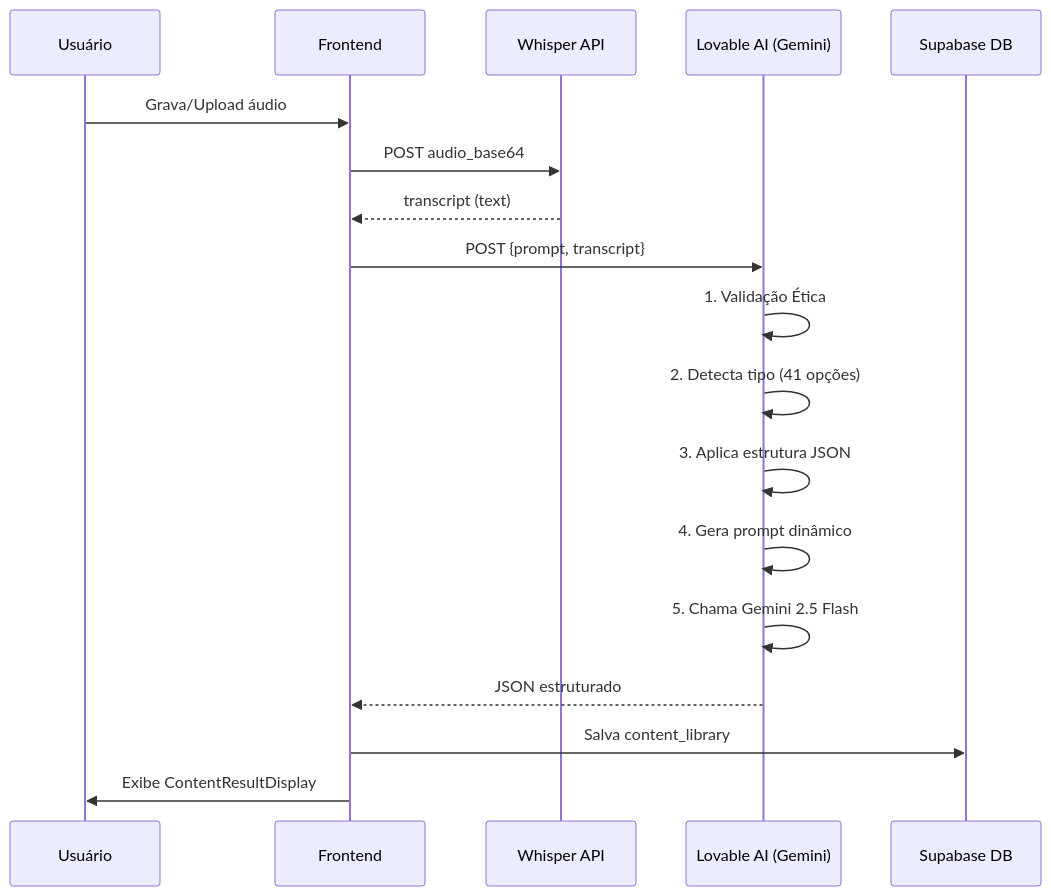
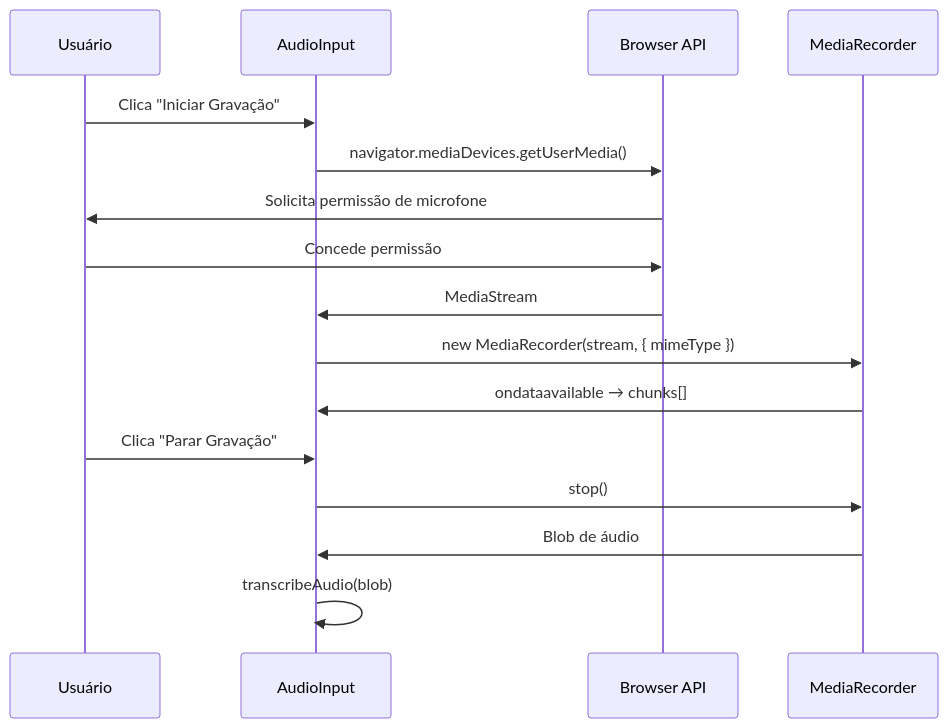
The second of 5 diagrams in ARQUITETURA_SISTEMA_IDEON.md (eudavidthomaz/vision-studio-lab), drawn with Mermaid before and after one commit. The commit also changed other lines of this file and 86 other files, not shown here.

````diff
--- a/ARQUITETURA_SISTEMA_IDEON.md
+++ b/ARQUITETURA_SISTEMA_IDEON.md
@@ -33,21 +104,19 @@
 ```mermaid
 sequenceDiagram
     participant U as Usuário
-    participant FE as Frontend
-    participant WT as Whisper API
-    participant AI as Lovable AI (Gemini)
-    participant DB as Supabase DB
-
-    U->>FE: Grava/Upload áudio
-    FE->>WT: POST audio_base64
-    WT-->>FE: transcript (text)
-    FE->>AI: POST {prompt, transcript}
-    AI->>AI: 1. Validação Ética
-    AI->>AI: 2. Detecta tipo (41 opções)
-    AI->>AI: 3. Aplica estrutura JSON
-    AI->>AI: 4. Gera prompt dinâmico
-    AI->>AI: 5. Chama Gemini 2.5 Flash
-    AI-->>FE: JSON estruturado
-    FE->>DB: Salva content_library
-    FE->>U: Exibe ContentResultDisplay
+    participant C as AudioInput
+    participant B as Browser API
+    participant M as MediaRecorder
+    
+    U->>C: Clica "Iniciar Gravação"
+    C->>B: navigator.mediaDevices.getUserMedia()
+    B->>U: Solicita permissão de microfone
+    U->>B: Concede permissão
+    B->>C: MediaStream
+    C->>M: new MediaRecorder(stream, { mimeType })
+    M->>C: ondataavailable → chunks[]
+    U->>C: Clica "Parar Gravação"
+    C->>M: stop()
+    M->>C: Blob de áudio
+    C->>C: transcribeAudio(blob)
 ```
````
